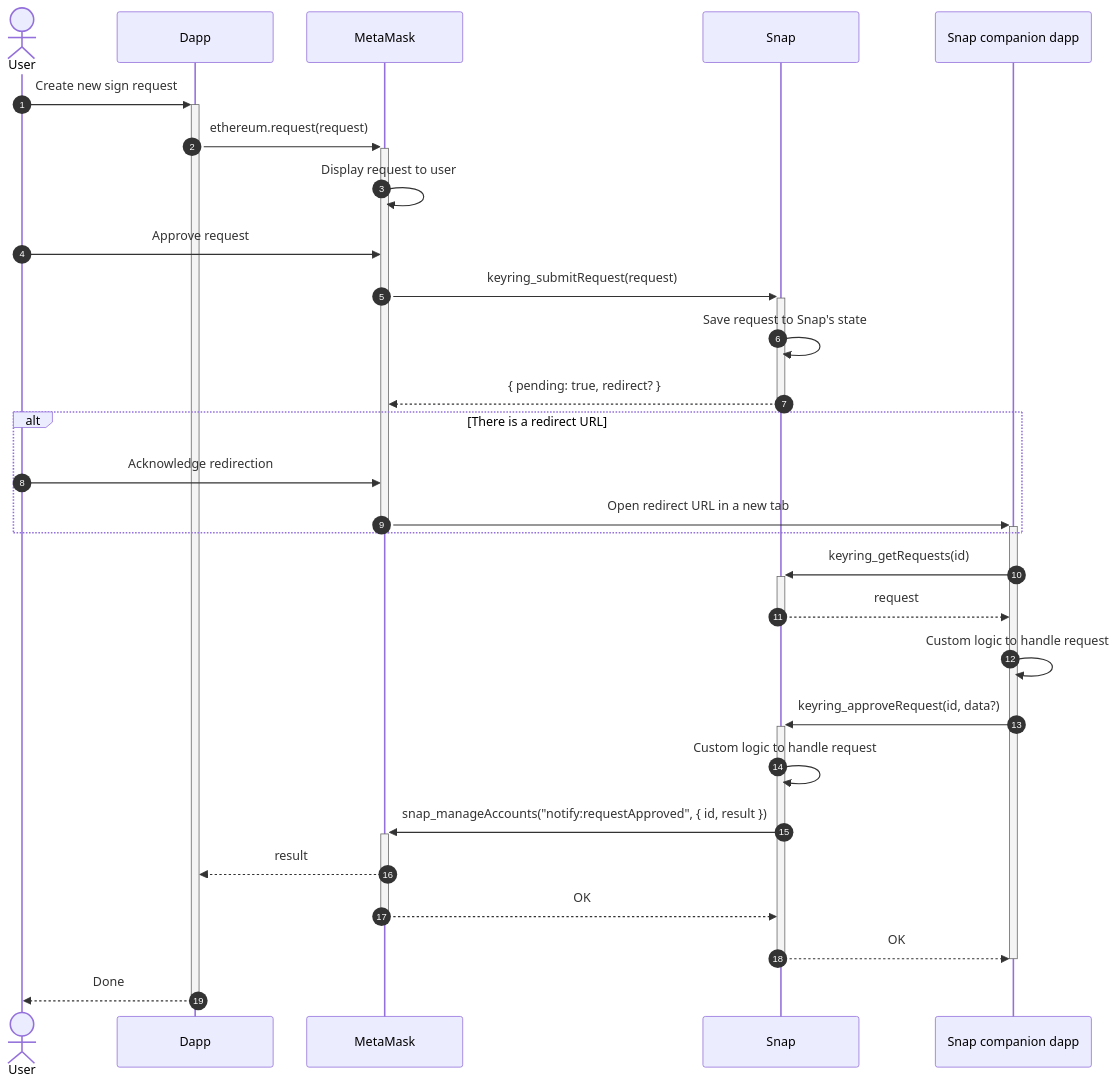
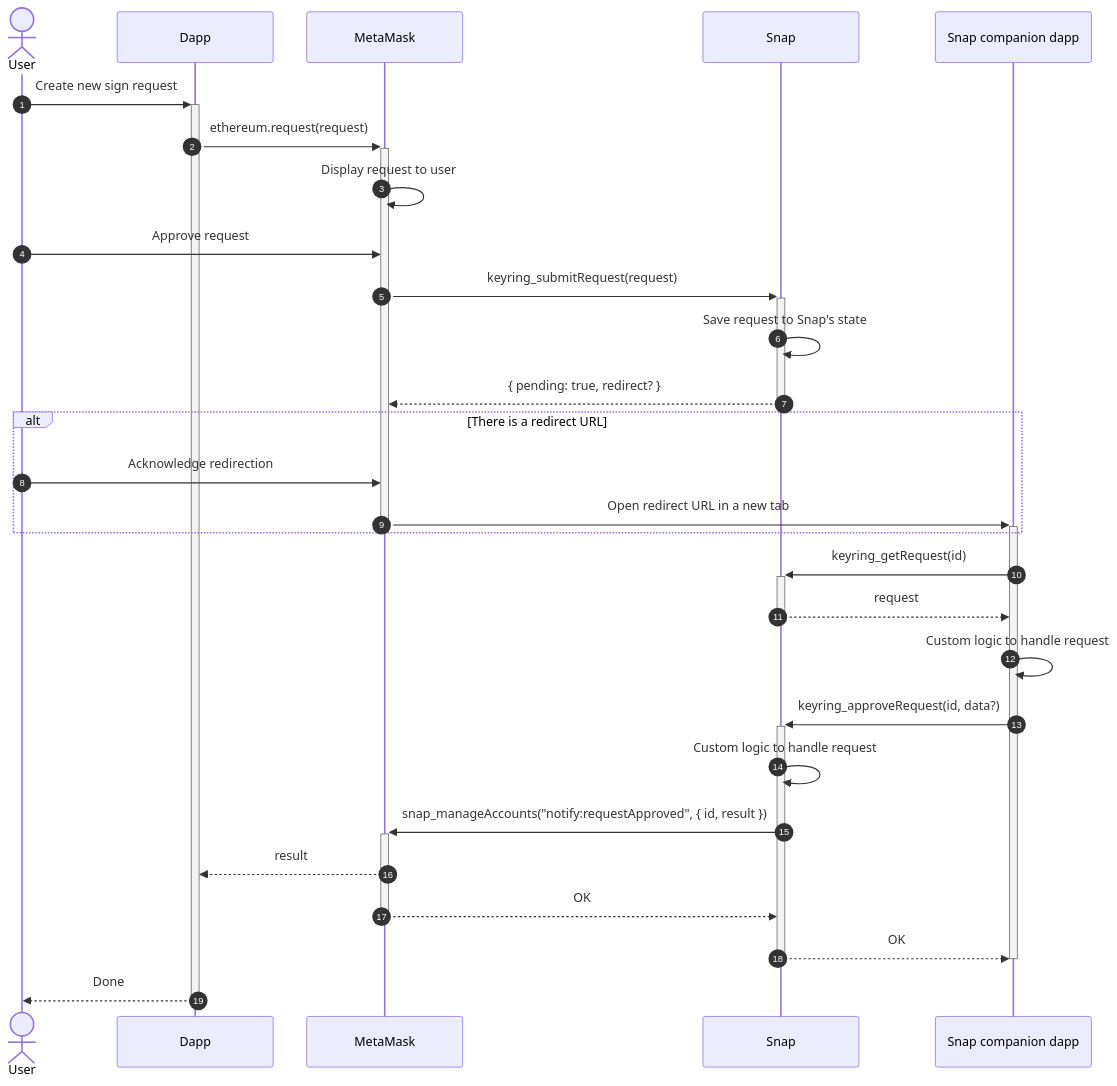
Before and after one commit to MetaMask/metamask-docs: the fifth of 5 diagrams in snaps/concepts/keyring-api.md, drawn with Mermaid. The commit also changed other lines of this file and 4 other files, not shown here.

````diff
--- a/snaps/concepts/keyring-api.md
+++ b/snaps/concepts/keyring-api.md
@@ -216,48 +210,48 @@
 ```mermaid
 %%{
   init: {
     'sequence': {
       'actorMargin': 20,
       'width': 200
     }
   }
 }%%
 
 sequenceDiagram
 autonumber
 
 actor User
 participant Dapp
 participant MetaMask
 participant Snap
 participant Site as Snap companion dapp
 
 User ->>+ Dapp: Create new sign request
 Dapp ->>+ MetaMask: ethereum.request(request)
 MetaMask ->> MetaMask: Display request to user
 User ->> MetaMask: Approve request
 
 MetaMask ->>+ Snap: keyring_submitRequest(request)
 Snap ->> Snap: Save request to Snap's state
 Snap -->>- MetaMask: { pending: true, redirect? }
 alt There is a redirect URL
   User ->> MetaMask: Acknowledge redirection
   MetaMask ->>+ Site: Open redirect URL in a new tab
 end
 deactivate MetaMask
 
-Site ->>+ Snap: keyring_getRequests(id)
+Site ->>+ Snap: keyring_getRequest(id)
 Snap -->>- Site: request
 
 Site ->> Site: Custom logic to handle request
 Site ->>+ Snap: keyring_approveRequest(id, data?)
 Snap ->> Snap: Custom logic to handle request
 Snap ->>+ MetaMask: snap_manageAccounts("notify:requestApproved", { id, result })
 
 MetaMask -->> Dapp: result
 MetaMask -->>- Snap: OK
 Snap -->>- Site: OK
 deactivate Site
 
 Dapp -->>- User: Done
 ```
````
